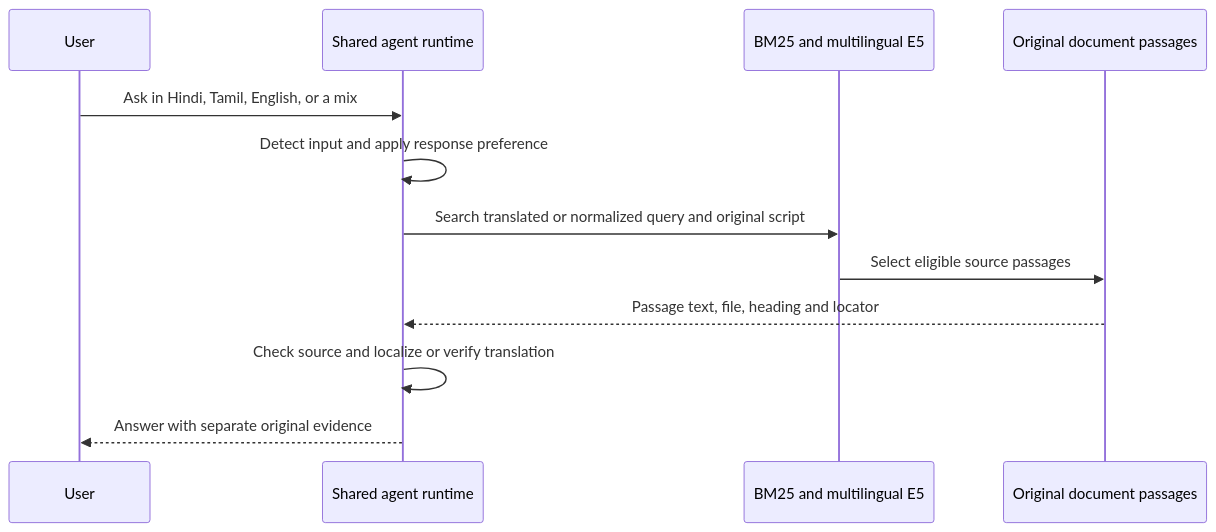
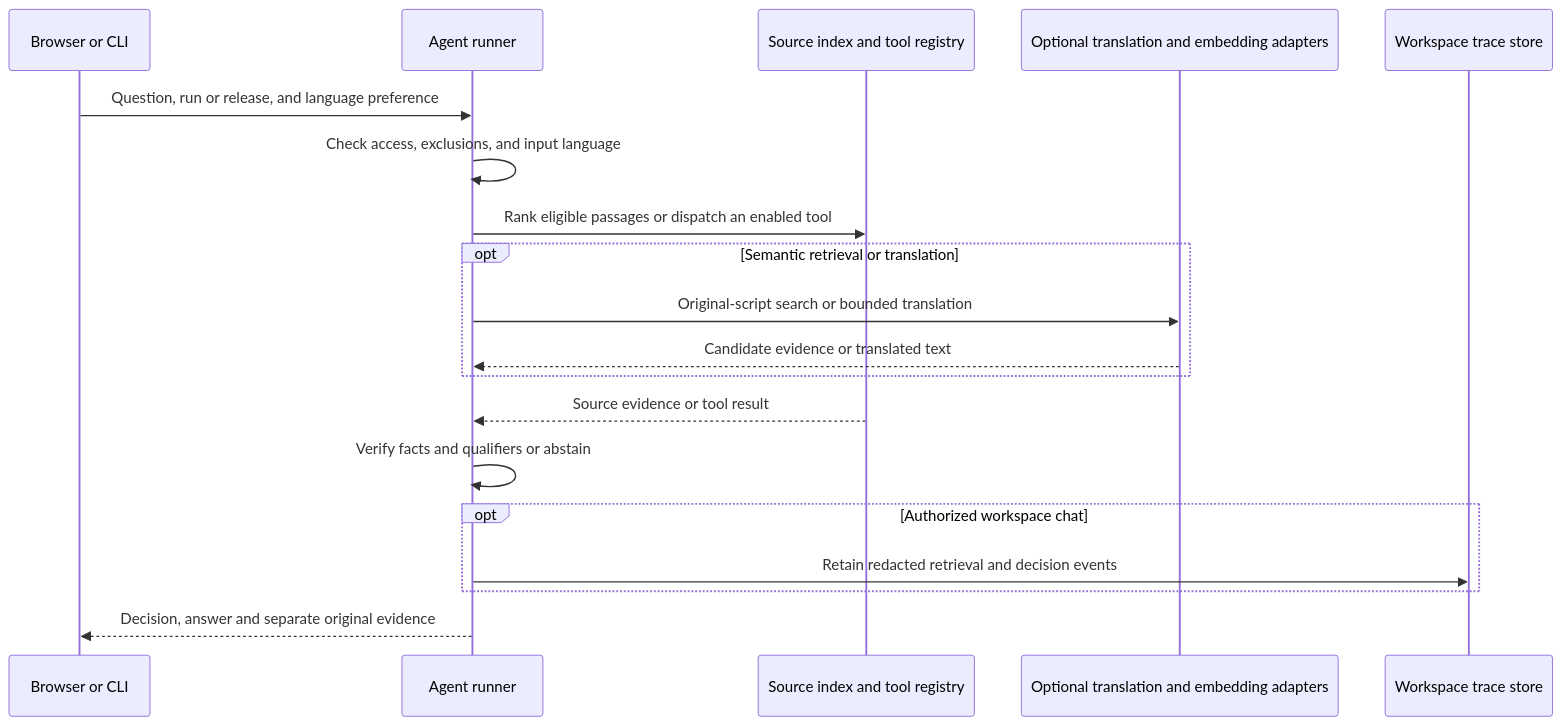
Before and after one commit to SrijanSingh2006/Ocean-AI-Assignment-ForgeAI: the third of 3 diagrams in README.md, drawn with Mermaid. The commit also changed other lines of this file and 49 other files, not shown here.

Commit message:
Streamline the ForgeAI submission and document the architecture

````diff
--- a/README.md
+++ b/README.md
@@ -485,14 +142,21 @@
-```mermaid
+~~~mermaid
 sequenceDiagram
-    participant User
-    participant Agent as Shared agent runtime
-    participant Search as BM25 and multilingual E5
-    participant Sources as Original document passages
-    User->>Agent: Ask in Hindi, Tamil, English, or a mix
-    Agent->>Agent: Detect input and apply response preference
-    Agent->>Search: Search translated or normalized query and original script
-    Search->>Sources: Select eligible source passages
-    Sources-->>Agent: Passage text, file, heading and locator
-    Agent->>Agent: Check source and localize or verify translation
-    Agent-->>User: Answer with separate original evidence
-```
+    participant Browser as Browser or CLI
+    participant Runner as Agent runner
+    participant Index as Source index and tool registry
+    participant Models as Optional translation and embedding adapters
+    participant Store as Workspace trace store
+    Browser->>Runner: Question, run or release, and language preference
+    Runner->>Runner: Check access, exclusions, and input language
+    Runner->>Index: Rank eligible passages or dispatch an enabled tool
+    opt Semantic retrieval or translation
+        Runner->>Models: Original-script search or bounded translation
+        Models-->>Runner: Candidate evidence or translated text
+    end
+    Index-->>Runner: Source evidence or tool result
+    Runner->>Runner: Verify facts and qualifiers or abstain
+    opt Authorized workspace chat
+        Runner->>Store: Retain redacted retrieval and decision events
+    end
+    Runner-->>Browser: Decision, answer and separate original evidence
+~~~
````
